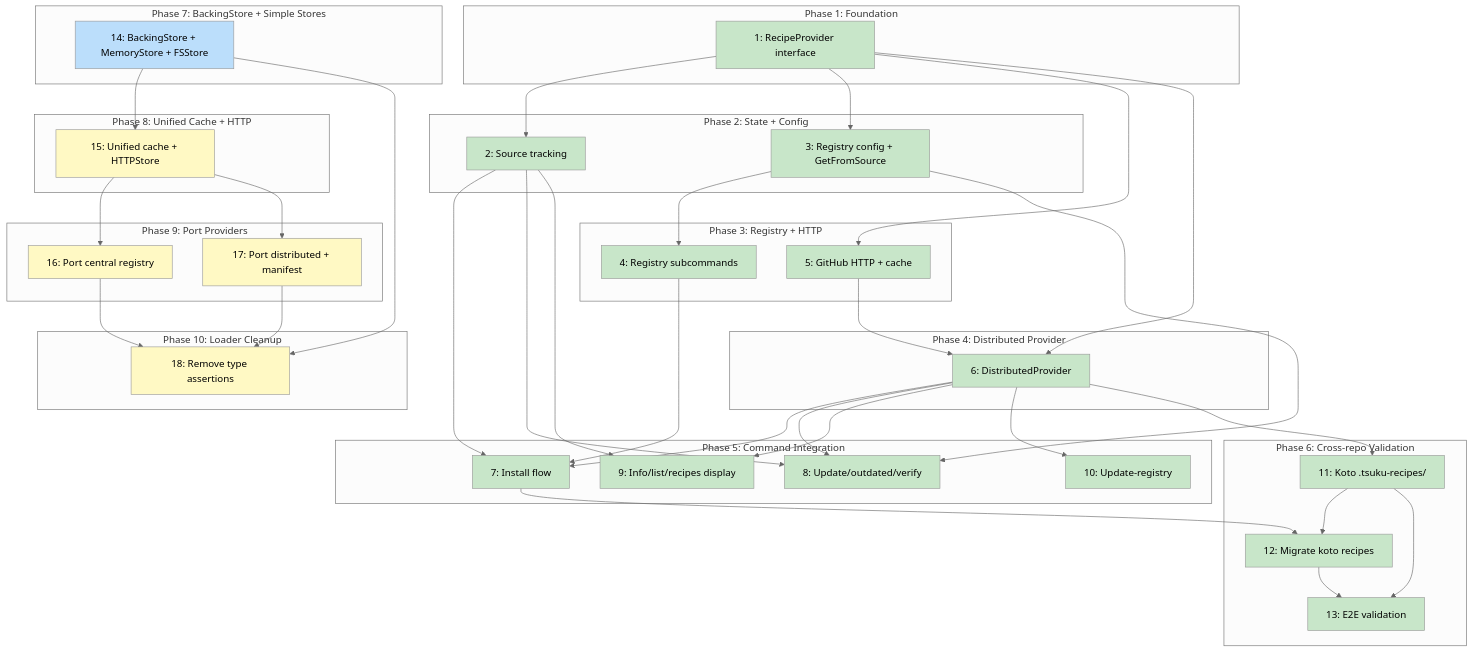
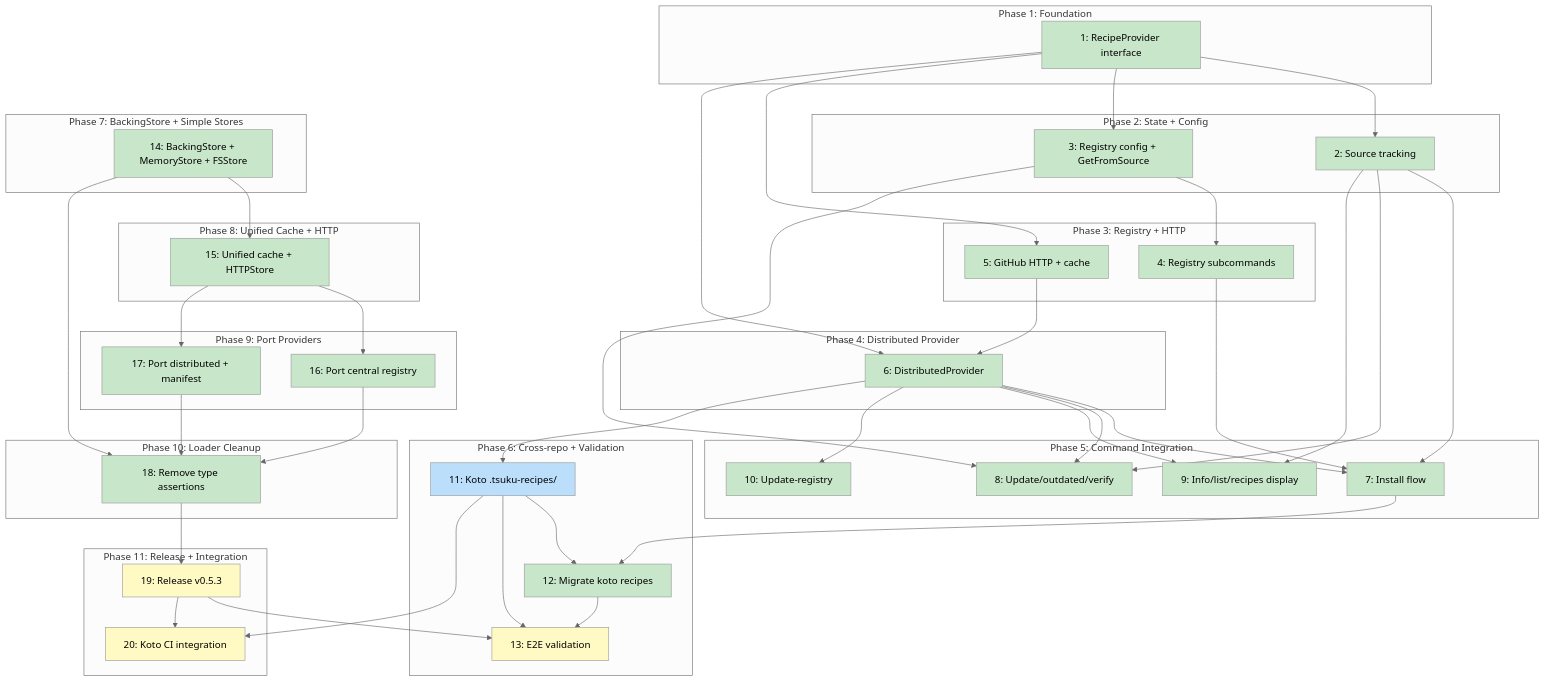
The diagram in docs/plans/PLAN-distributed-recipes.md (tsukumogami/tsuku), drawn with Mermaid (neutral theme) before and after one commit. The commit also changed other lines of this file, not shown here.

First line of the commit message:
fix(plan): revert PLAN status to Active and add release/integration issues

````diff
--- a/docs/plans/PLAN-distributed-recipes.md
+++ b/docs/plans/PLAN-distributed-recipes.md
@@ -546,7 +587,7 @@
         I10["10: Update-registry"]
     end
 
-    subgraph Phase6["Phase 6: Cross-repo Validation"]
+    subgraph Phase6["Phase 6: Cross-repo + Validation"]
         I11["11: Koto .tsuku-recipes/"]
         I12["12: Migrate koto recipes"]
         I13["13: E2E validation"]
@@ -569,6 +610,11 @@
         I18["18: Remove type assertions"]
     end
 
+    subgraph Phase11["Phase 11: Release + Integration"]
+        I19["19: Release v0.5.3"]
+        I20["20: Koto CI integration"]
+    end
+
     I1 --> I2
     I1 --> I3
     I1 --> I5
@@ -589,12 +635,16 @@
     I11 --> I12
     I11 --> I13
     I12 --> I13
+    I19 --> I13
     I14 --> I15
     I15 --> I16
     I15 --> I17
     I14 --> I18
     I16 --> I18
     I17 --> I18
+    I18 --> I19
+    I11 --> I20
+    I19 --> I20
 
     classDef done fill:#c8e6c9
     classDef ready fill:#bbdefb
@@ -606,7 +656,7 @@
     classDef tracksDesign fill:#FFE0B2,stroke:#F57C00,color:#000
     classDef tracksPlan fill:#FFE0B2,stroke:#F57C00,color:#000
 
-    class I1,I2,I3,I4,I5,I6,I7,I8,I9,I10,I11,I12,I13 done
-    class I14 ready
-    class I15,I16,I17,I18 blocked
+    class I1,I2,I3,I4,I5,I6,I7,I8,I9,I10,I12,I14,I15,I16,I17,I18 done
+    class I11 ready
+    class I13,I19,I20 blocked
 ```
````
